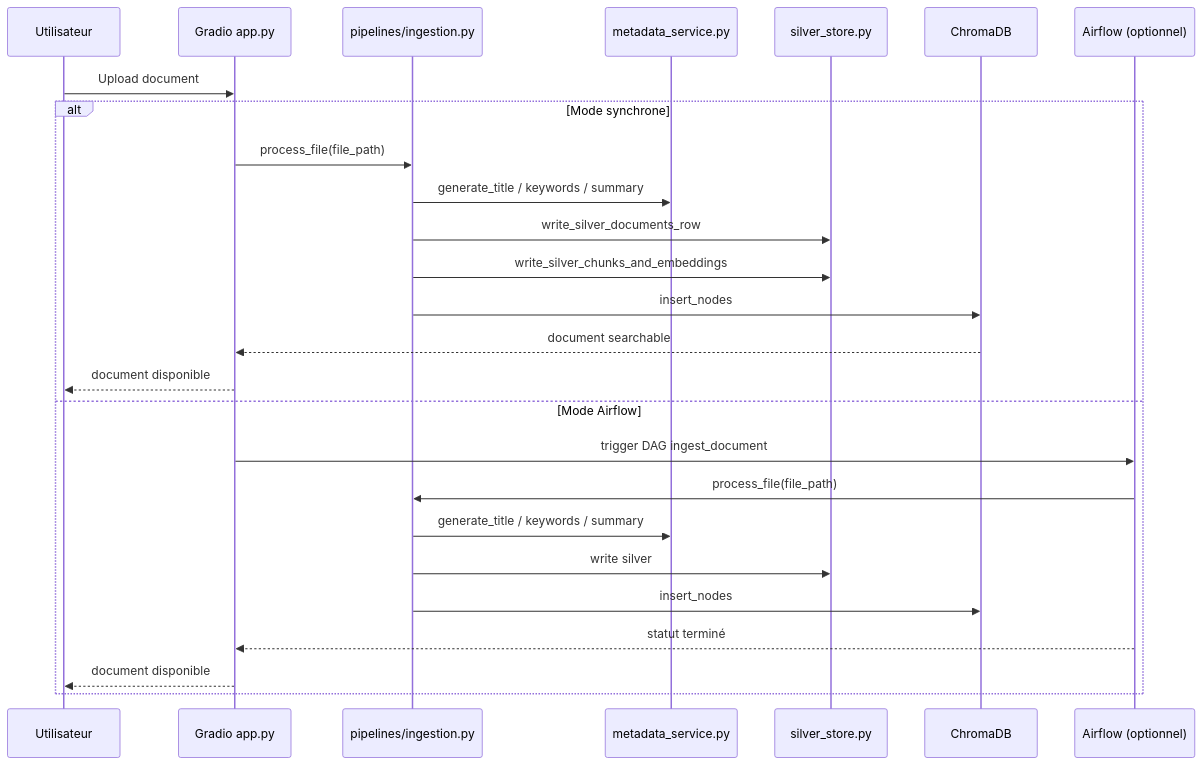
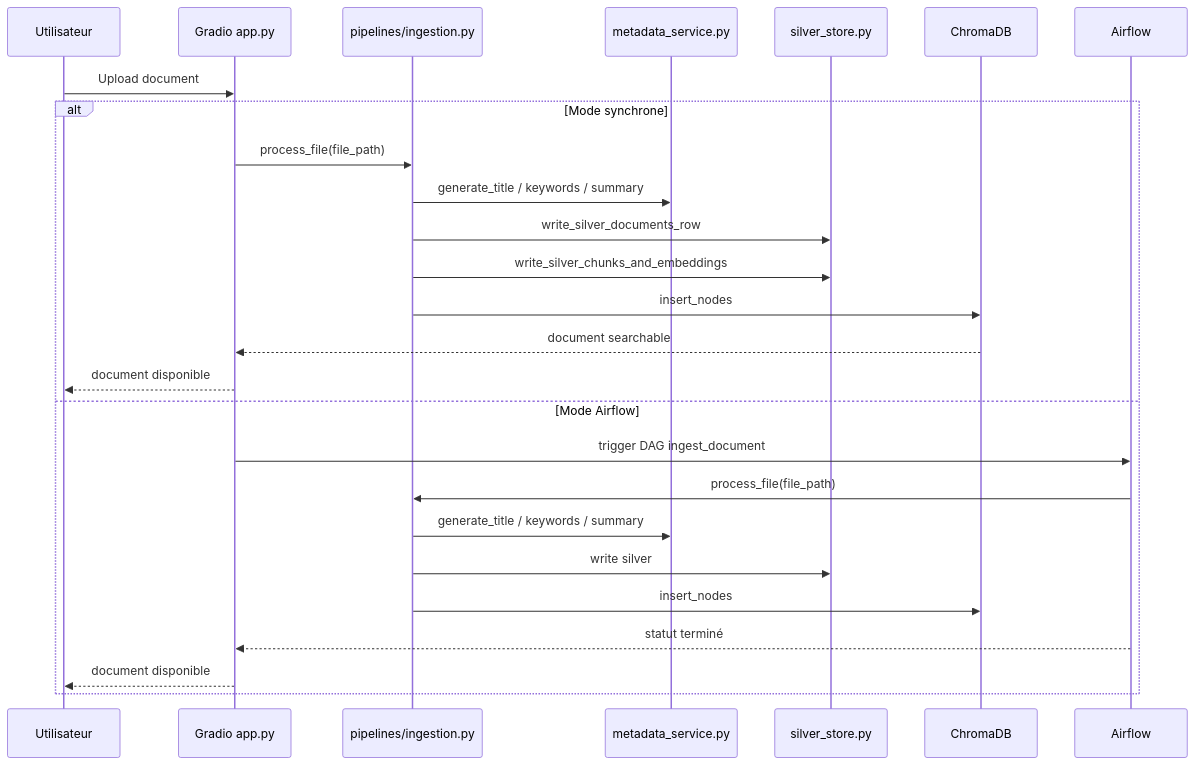
One commit to JEMALIACHRAF/MindNote changed the third of 3 diagrams in README.md. Above: the diagram before and after it, drawn with Mermaid. The commit also changed other lines of this file, not shown here.

````diff
--- a/README.md
+++ b/README.md
@@ -469,29 +469,29 @@
 ```mermaid
 sequenceDiagram
     participant U as Utilisateur
     participant G as Gradio app.py
     participant P as pipelines/ingestion.py
     participant M as metadata_service.py
     participant S as silver_store.py
     participant C as ChromaDB
-    participant A as Airflow (optionnel)
+    participant A as Airflow 
 
     U->>G: Upload document
     alt Mode synchrone
         G->>P: process_file(file_path)
         P->>M: generate_title / keywords / summary
         P->>S: write_silver_documents_row
         P->>S: write_silver_chunks_and_embeddings
         P->>C: insert_nodes
         C-->>G: document searchable
         G-->>U: document disponible
     else Mode Airflow
         G->>A: trigger DAG ingest_document
         A->>P: process_file(file_path)
         P->>M: generate_title / keywords / summary
         P->>S: write silver
         P->>C: insert_nodes
         A-->>G: statut terminé
         G-->>U: document disponible
     end
 ```
````
